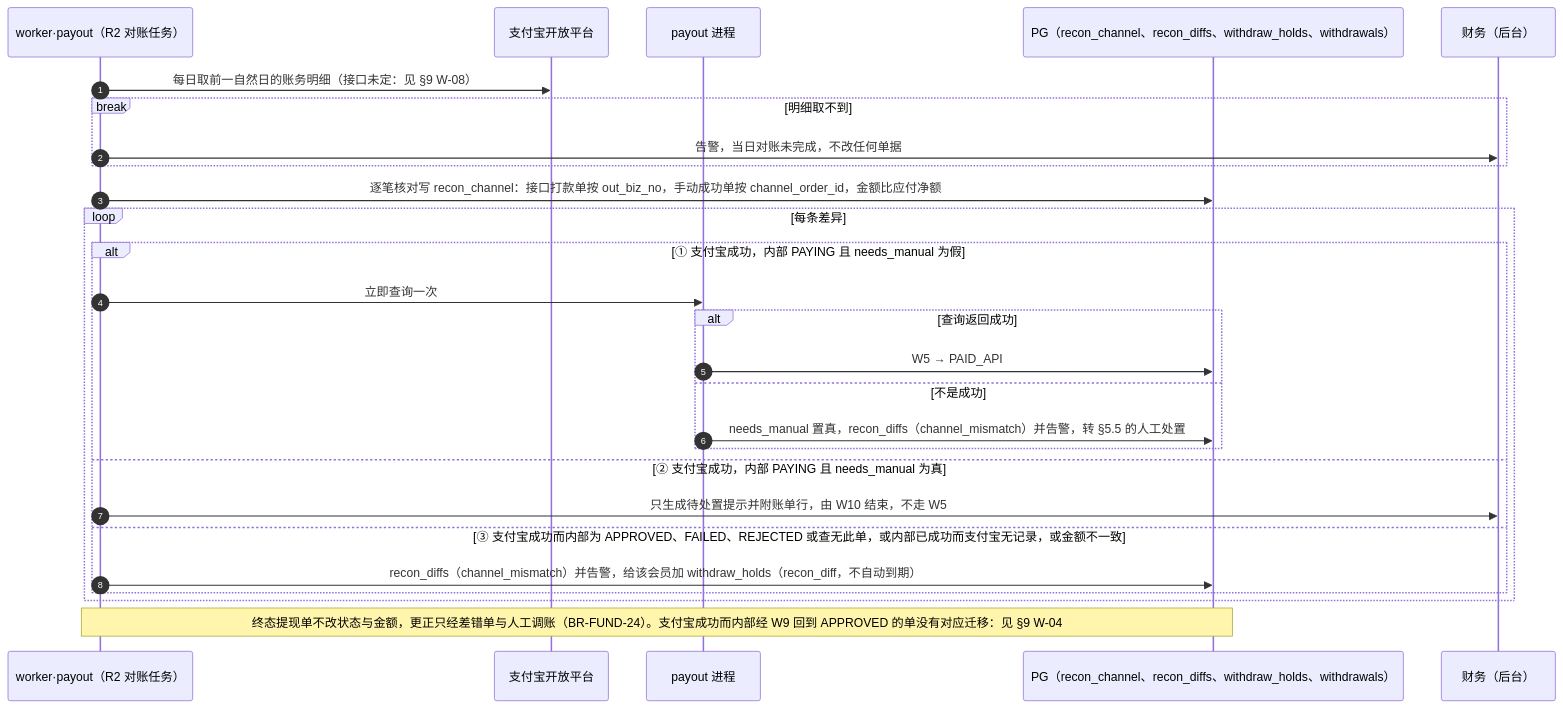
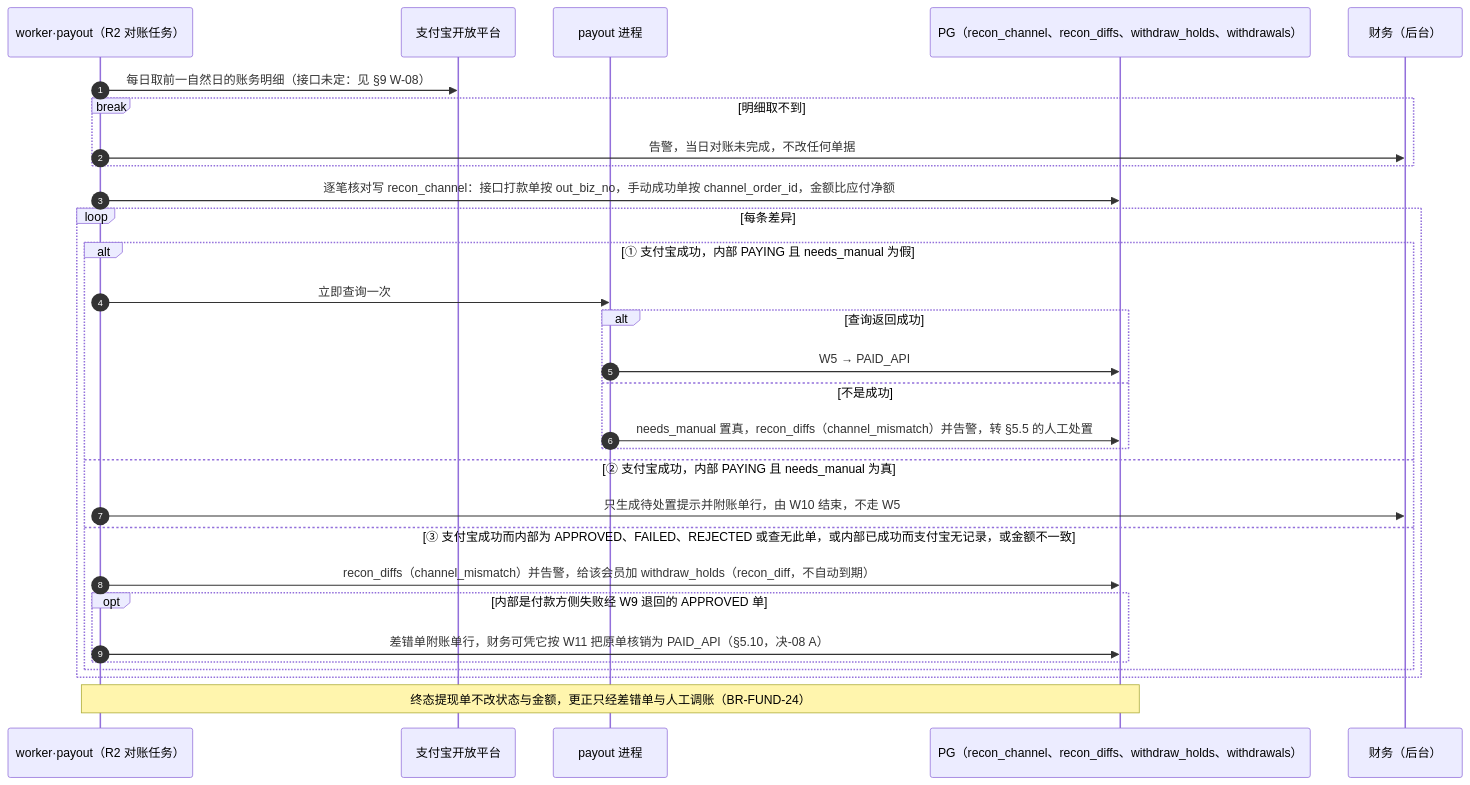
One commit to zora4523-bot/couli changed diagram 34 of 46 in 规划/12_关键流程与状态图.md. Above: the diagram before and after it, drawn with Mermaid. The commit also changed other lines of this file, not shown here.

````diff
--- a/规划/12_关键流程与状态图.md
+++ b/规划/12_关键流程与状态图.md
@@ -2316,30 +2343,33 @@
 ```mermaid
 sequenceDiagram
   autonumber
   participant R as worker·payout（R2 对账任务）
   participant Z as 支付宝开放平台
   participant P as payout 进程
   participant DB as PG（recon_channel、recon_diffs、withdraw_holds、withdrawals）
   participant F as 财务（后台）
 
   R->>Z: 每日取前一自然日的账务明细（接口未定：见 §9 W-08）
   break 明细取不到
     R->>F: 告警，当日对账未完成，不改任何单据
   end
   R->>DB: 逐笔核对写 recon_channel：接口打款单按 out_biz_no，手动成功单按 channel_order_id，金额比应付净额
   loop 每条差异
     alt ① 支付宝成功，内部 PAYING 且 needs_manual 为假
       R->>P: 立即查询一次
       alt 查询返回成功
         P->>DB: W5 → PAID_API
       else 不是成功
         P->>DB: needs_manual 置真，recon_diffs（channel_mismatch）并告警，转 §5.5 的人工处置
       end
     else ② 支付宝成功，内部 PAYING 且 needs_manual 为真
       R->>F: 只生成待处置提示并附账单行，由 W10 结束，不走 W5
     else ③ 支付宝成功而内部为 APPROVED、FAILED、REJECTED 或查无此单，或内部已成功而支付宝无记录，或金额不一致
       R->>DB: recon_diffs（channel_mismatch）并告警，给该会员加 withdraw_holds（recon_diff，不自动到期）
+      opt 内部是付款方侧失败经 W9 退回的 APPROVED 单
+        R->>DB: 差错单附账单行，财务可凭它按 W11 把原单核销为 PAID_API（§5.10，决-08 A）
+      end
     end
   end
-  Note over R,DB: 终态提现单不改状态与金额，更正只经差错单与人工调账（BR-FUND-24）。支付宝成功而内部经 W9 回到 APPROVED 的单没有对应迁移：见 §9 W-04
+  Note over R,DB: 终态提现单不改状态与金额，更正只经差错单与人工调账（BR-FUND-24）
 ```
````
